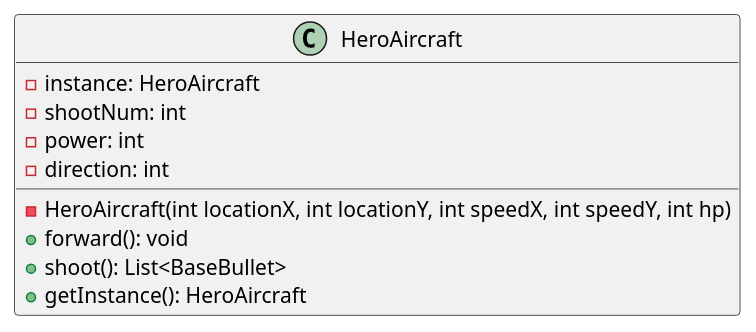
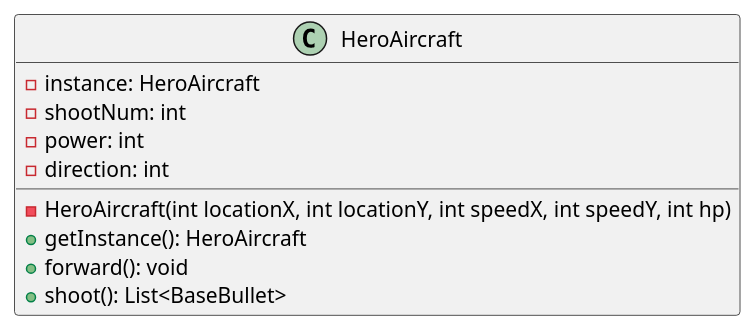
Before and after one commit to AlFinding/aircraft: the diagram in uml/SingletonHero.puml, drawn with PlantUML. The commit also changed 24 other files, not shown here.

```diff
--- a/uml/SingletonHero.puml
+++ b/uml/SingletonHero.puml
@@ -1,18 +1,16 @@
 @startuml
 'https://plantuml.com/class-diagram
 
 class HeroAircraft {
 - instance: HeroAircraft
 - shootNum: int
 - power: int
 - direction: int
 - HeroAircraft(int locationX, int locationY, int speedX, int speedY, int hp)
++ getInstance(): HeroAircraft
 + forward(): void
 + shoot(): List<BaseBullet>
-+ getInstance(): HeroAircraft
+
 }
 
-'HeroAircraft <-- Game
-'class Game {
-'}
 @enduml
```
